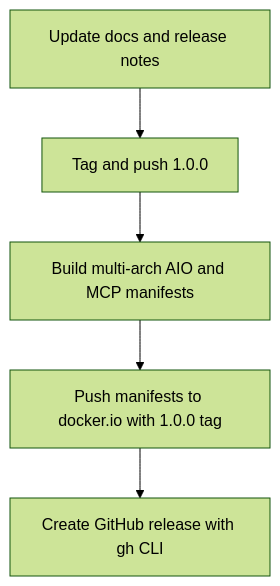
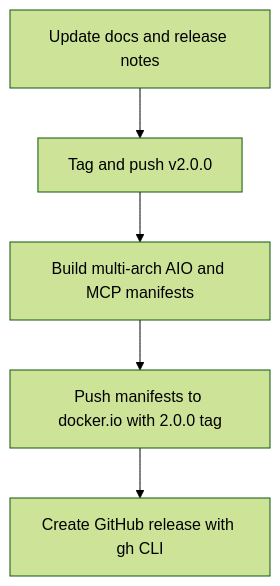
One commit to bolabaden/AgentDecompile changed the second of 2 diagrams in CONTRIBUTING.md. Above: the diagram before and after it, drawn with Mermaid (forest theme). The commit also changed other lines of this file and 9 other files, not shown here.

````diff
--- a/CONTRIBUTING.md
+++ b/CONTRIBUTING.md
@@ -242,7 +242,7 @@
 ```mermaid
 flowchart TD
-  A[Update docs and release notes] --> B[Tag and push 1.0.0]
+  A[Update docs and release notes] --> B[Tag and push v2.0.0]
   B --> C[Build multi-arch AIO and MCP manifests]
-  C --> D[Push manifests to docker.io with 1.0.0 tag]
+  C --> D[Push manifests to docker.io with 2.0.0 tag]
   D --> E[Create GitHub release with gh CLI]
 ```
````
